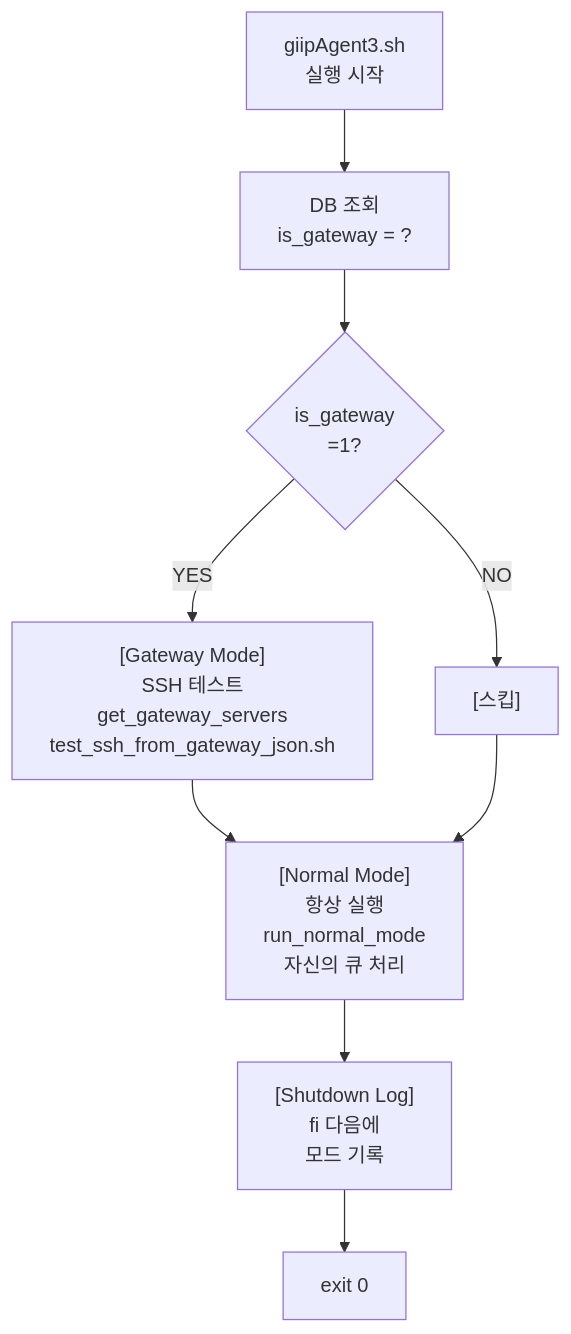
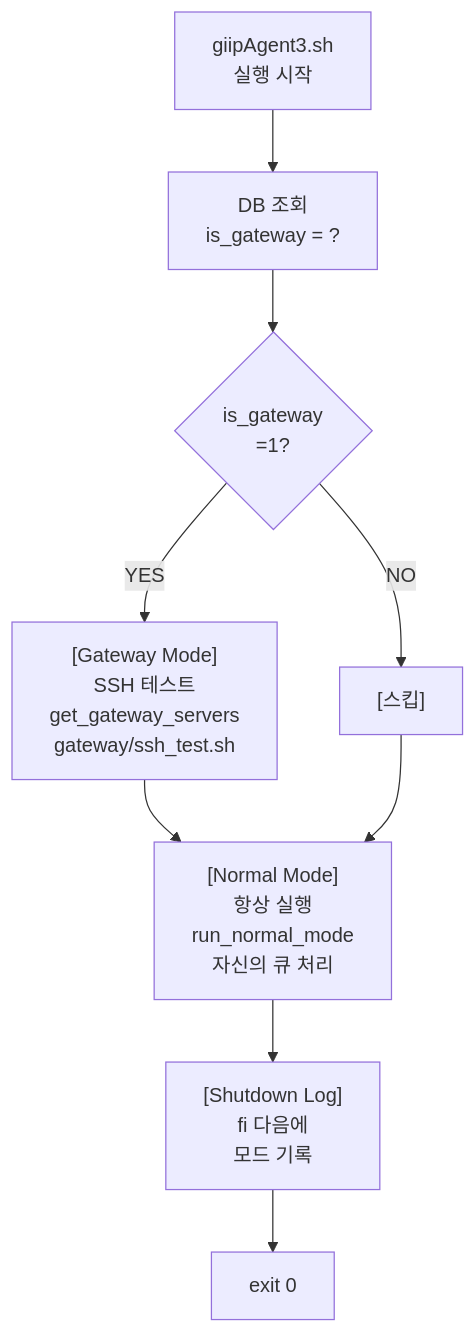
The diagram in docs/GIIPAGENT3_SPECIFICATION.md (LowyShin/giipAgentLinux), drawn with Mermaid before and after one commit. The commit also changed other lines of this file and 4 other files, not shown here.

First line of the commit message:
refactor: Reorganize ssh test module - rename test_ssh_from_gateway_json.sh to gateway/ssh_test.sh

````diff
--- a/docs/GIIPAGENT3_SPECIFICATION.md
+++ b/docs/GIIPAGENT3_SPECIFICATION.md
@@ -660,11 +660,11 @@
 ```mermaid
 graph TD
     A["giipAgent3.sh<br/>실행 시작"] --> B["DB 조회<br/>is_gateway = ?"]
     B --> C{"is_gateway<br/>=1?"}
-    C -->|YES| D["[Gateway Mode]<br/>SSH 테스트<br/>get_gateway_servers<br/>test_ssh_from_gateway_json.sh"]
+    C -->|YES| D["[Gateway Mode]<br/>SSH 테스트<br/>get_gateway_servers<br/>gateway/ssh_test.sh"]
     C -->|NO| E["[스킵]"]
     D --> F["[Normal Mode]<br/>항상 실행<br/>run_normal_mode<br/>자신의 큐 처리"]
     E --> F
     F --> G["[Shutdown Log]<br/>fi 다음에<br/>모드 기록"]
     G --> H["exit 0"]
 ```
````
